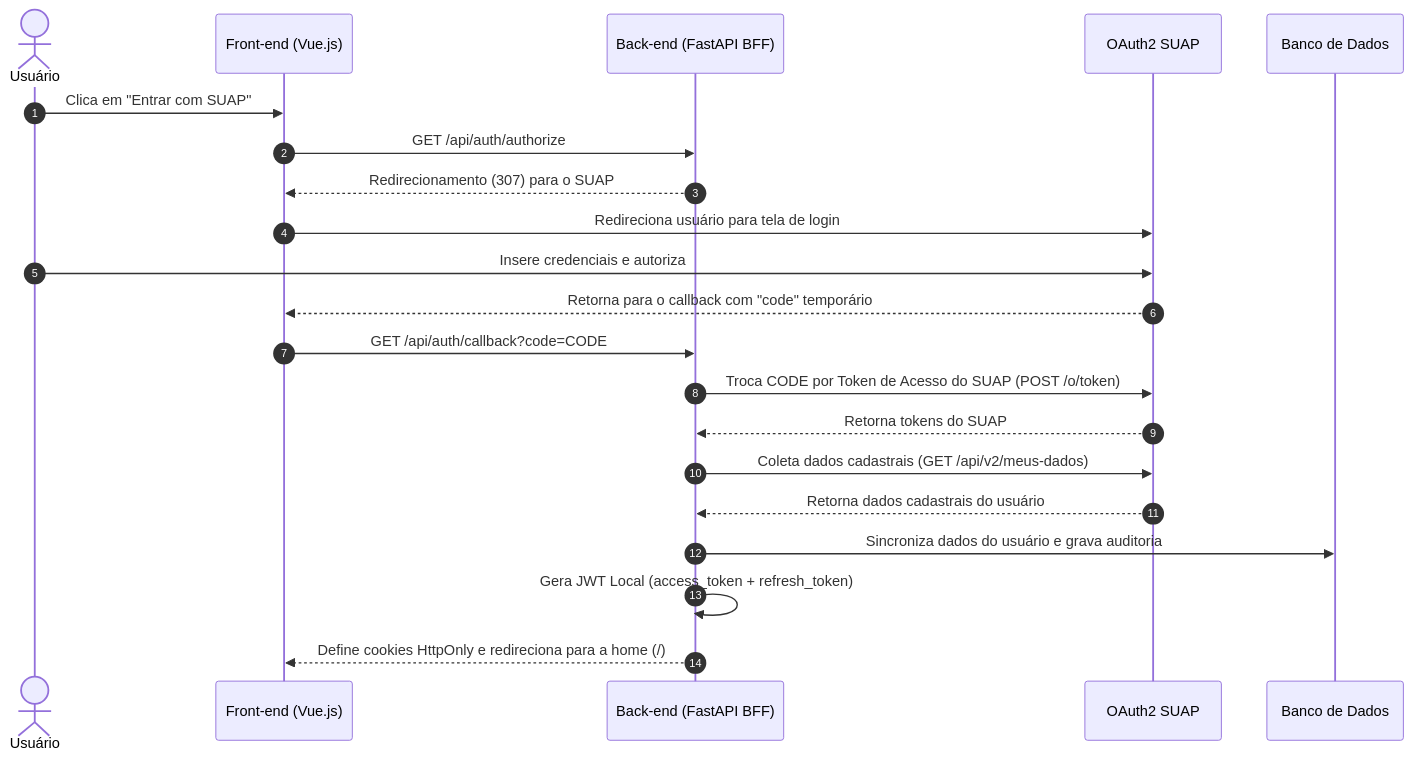
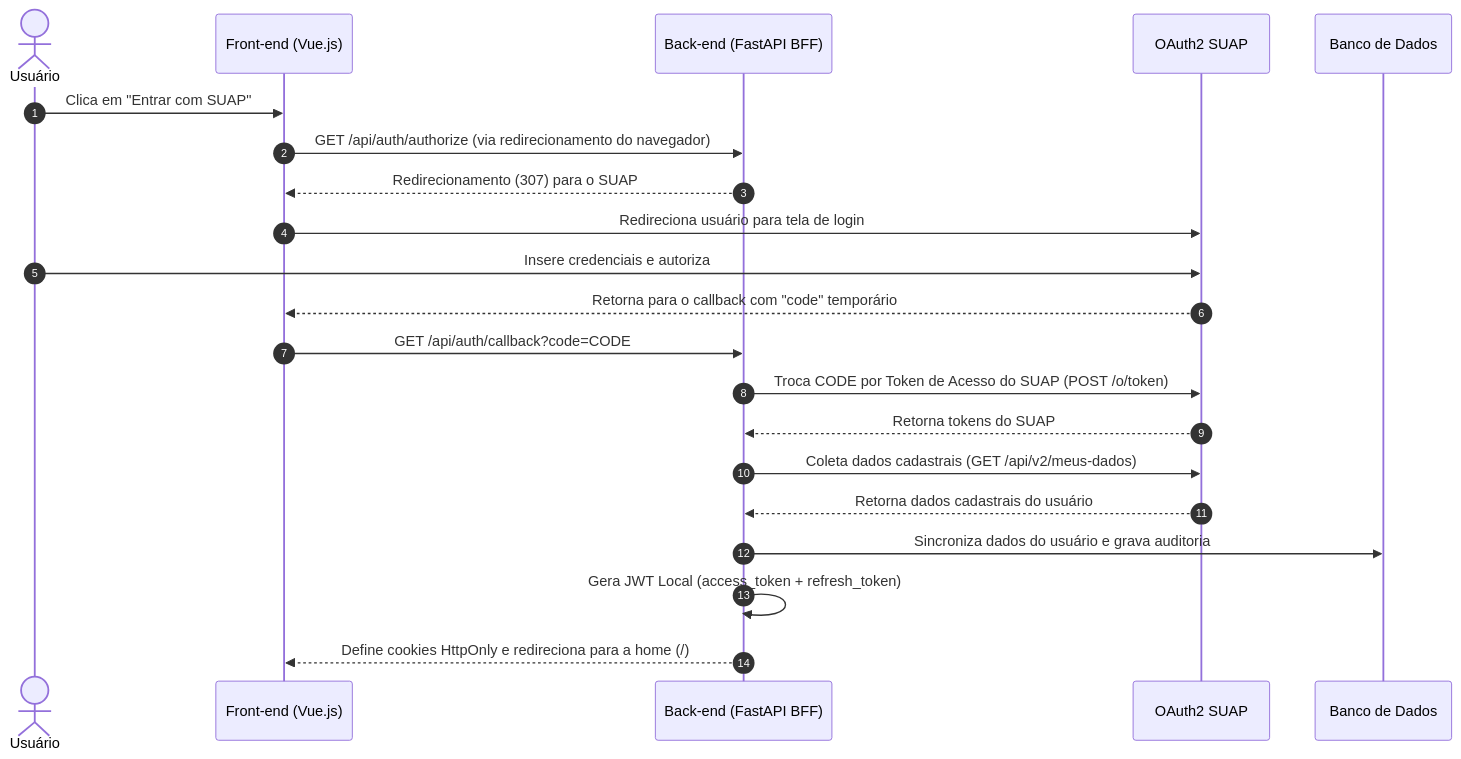
The diagram in session_handover.md (soneylegal/Projeto-4-Bimestre), drawn with Mermaid before and after one commit. The commit also changed other lines of this file, not shown here.

````diff
--- a/session_handover.md
+++ b/session_handover.md
@@ -23,24 +23,24 @@
 ```mermaid
 sequenceDiagram
     autonumber
     actor Usuário
     participant FE as Front-end (Vue.js)
     participant BE as Back-end (FastAPI BFF)
     participant SUAP as OAuth2 SUAP
     participant DB as Banco de Dados
 
     Usuário->>FE: Clica em "Entrar com SUAP"
-    FE->>BE: GET /api/auth/authorize
+    FE->>BE: GET /api/auth/authorize (via redirecionamento do navegador)
     BE-->>FE: Redirecionamento (307) para o SUAP
     FE->>SUAP: Redireciona usuário para tela de login
     Usuário->>SUAP: Insere credenciais e autoriza
     SUAP-->>FE: Retorna para o callback com "code" temporário
     FE->>BE: GET /api/auth/callback?code=CODE
     BE->>SUAP: Troca CODE por Token de Acesso do SUAP (POST /o/token)
     SUAP-->>BE: Retorna tokens do SUAP
     BE->>SUAP: Coleta dados cadastrais (GET /api/v2/meus-dados)
     SUAP-->>BE: Retorna dados cadastrais do usuário
     BE->>DB: Sincroniza dados do usuário e grava auditoria
     BE->>BE: Gera JWT Local (access_token + refresh_token)
     BE-->>FE: Define cookies HttpOnly e redireciona para a home (/)
 ```
````
